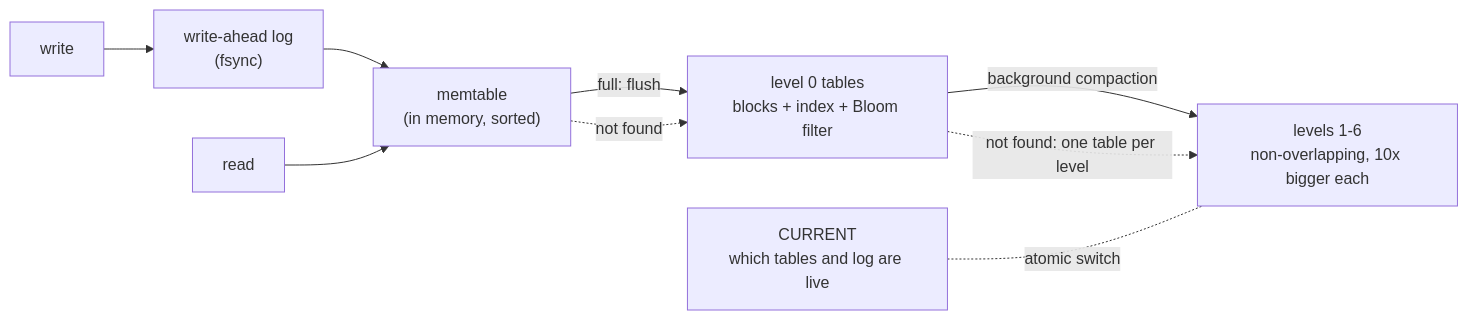
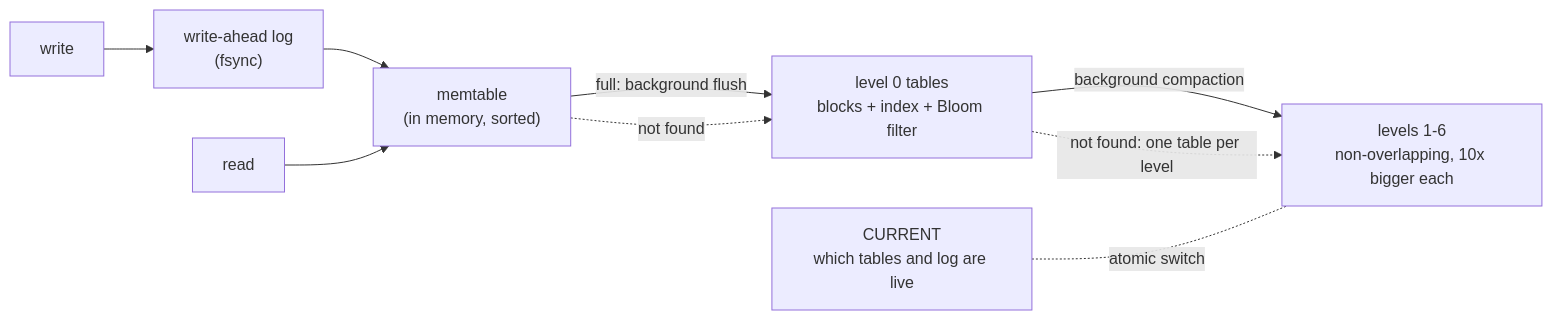
Before and after one commit to Shibin506/StrataKV: the first of 2 diagrams in README.md, drawn with Mermaid. The commit also changed other lines of this file and 25 other files, not shown here.

````diff
--- a/README.md
+++ b/README.md
@@ -41,10 +59,10 @@
 ```mermaid
 flowchart LR
     W["write"] --> L["write-ahead log<br/>(fsync)"] --> M["memtable<br/>(in memory, sorted)"]
-    M -- "full: flush" --> L0["level 0 tables<br/>blocks + index + Bloom filter"]
+    M -- "full: background flush" --> L0["level 0 tables<br/>blocks + index + Bloom filter"]
     L0 -- "background compaction" --> LN["levels 1-6<br/>non-overlapping, 10x bigger each"]
     C["CURRENT<br/>which tables and log are live"] -. "atomic switch" .- LN
     R["read"] --> M
     M -. "not found" .-> L0
     L0 -. "not found: one table per level" .-> LN
 ```
````
